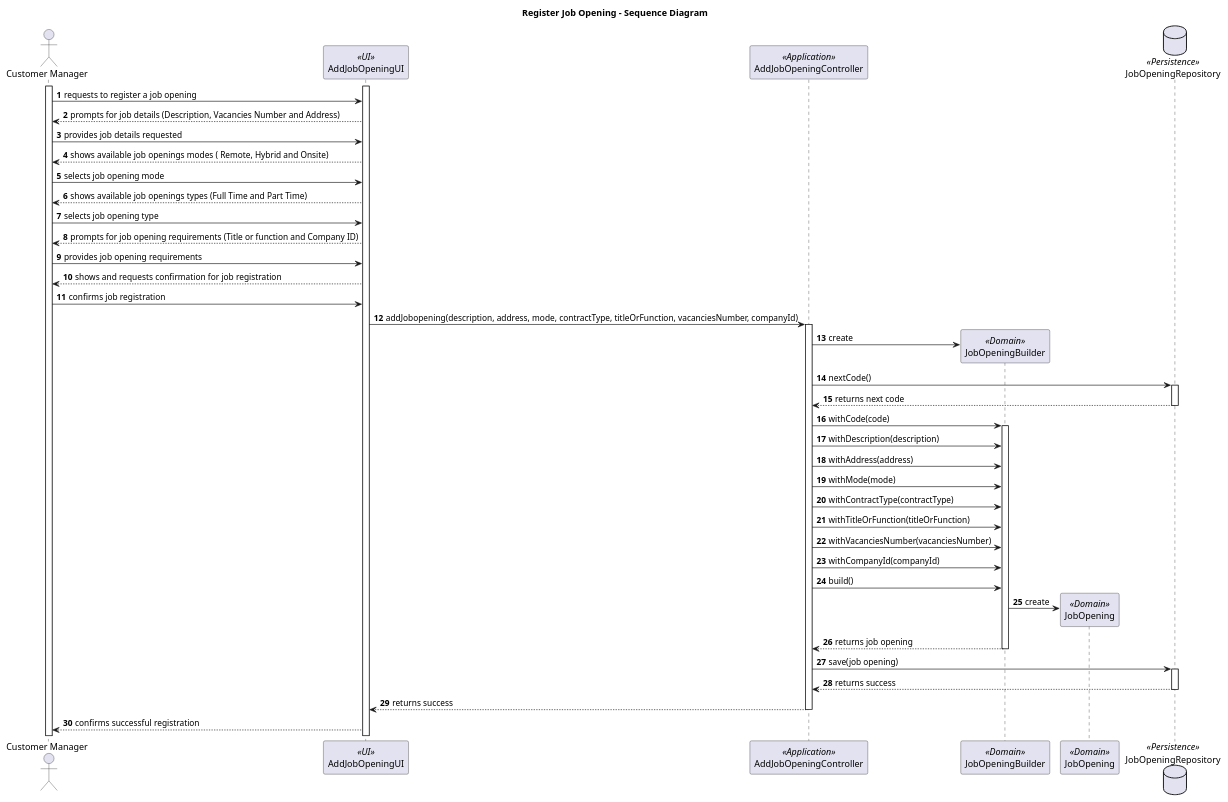
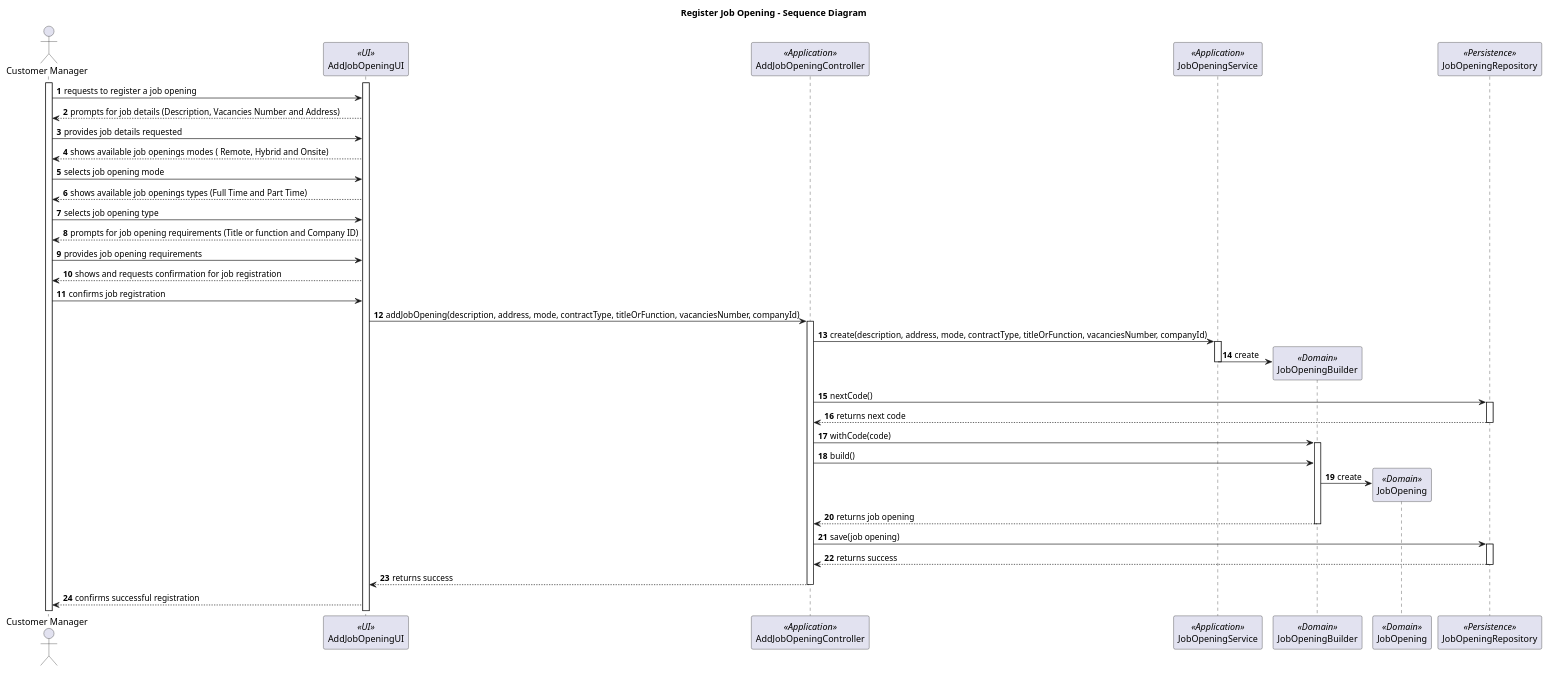
One commit to marcoferreira37/Lapr4 changed the diagram in docs/sprintB/1002/1002-sequence-diagram.puml. Above: the diagram before and after it, drawn with PlantUML. The commit also changed 10 other files, not shown here.

Commit message:
#17 [1003] Update of the Sequence Diagram Small updates of the classes related to ListJobOpening

```diff
--- a/docs/sprintB/1002/1002-sequence-diagram.puml
+++ b/docs/sprintB/1002/1002-sequence-diagram.puml
@@ -1,80 +1,89 @@
 @startuml
 
 title Register Job Opening - Sequence Diagram
 
 autonumber
 actor "Customer Manager" as M
 participant AddJobOpeningUI  as UI <<UI>>
 participant AddJobOpeningController as Controller <<Application>>
+participant JobOpeningService as JS <<Application>>
 participant JobOpeningBuilder as JB <<Domain>>
 participant JobOpening as JO <<Domain>>
-database JobOpeningRepository as JRepo <<Persistence>>
+participant JobOpeningRepository as JRepo <<Persistence>>
+
 
 activate M
 activate UI
 
 M -> UI : requests to register a job opening
 
 UI --> M : prompts for job details (Description, Vacancies Number and Address)
 
 M -> UI : provides job details requested
 
 UI --> M : shows available job openings modes ( Remote, Hybrid and Onsite)
 
 M -> UI : selects job opening mode
 
 UI --> M : shows available job openings types (Full Time and Part Time)
 
 M -> UI : selects job opening type
 
 UI --> M :  prompts for job opening requirements (Title or function and Company ID)
 
 M -> UI : provides job opening requirements
 
 UI --> M : shows and requests confirmation for job registration
 
 M -> UI : confirms job registration
 
-UI -> Controller: addJobopening(description, address, mode, contractType, titleOrFunction, vacanciesNumber, companyId)
+UI -> Controller: addJobOpening(description, address, mode, contractType, titleOrFunction, vacanciesNumber, companyId)
 
 activate Controller
 
-Controller -> JB**: create
+Controller -> JS : create(description, address, mode, contractType, titleOrFunction, vacanciesNumber, companyId)
+
+activate JS
+
+JS -> JB**: create
+
+
+deactivate JS
 
 Controller -> JRepo : nextCode()
 activate JRepo
 
 JRepo --> Controller: returns next code
 deactivate JRepo
 
 Controller -> JB: withCode(code)
 activate JB
 
-Controller -> JB: withDescription(description)
-Controller -> JB: withAddress(address)
-Controller -> JB: withMode(mode)
-Controller -> JB: withContractType(contractType)
-Controller -> JB: withTitleOrFunction(titleOrFunction)
-Controller -> JB: withVacanciesNumber(vacanciesNumber)
-Controller -> JB: withCompanyId(companyId)
+'Controller -> JB: withDescription(description)
+'Controller -> JB: withAddress(address)
+'Controller -> JB: withMode(mode)
+'Controller -> JB: withContractType(contractType)
+'Controller -> JB: withTitleOrFunction(titleOrFunction)
+'Controller -> JB: withVacanciesNumber(vacanciesNumber)
+'Controller -> JB: withCompanyId(companyId)
 
 Controller -> JB: build()
 
 deactivate JRepo
 JB -> JO**: create
 JB --> Controller: returns job opening
 deactivate JB
 
 
 
 Controller -> JRepo: save(job opening)
 activate JRepo
 
 JRepo --> Controller: returns success
 deactivate JRepo
 Controller --> UI: returns success
 deactivate Controller
 
 UI --> M: confirms successful registration
 
 @enduml
```
